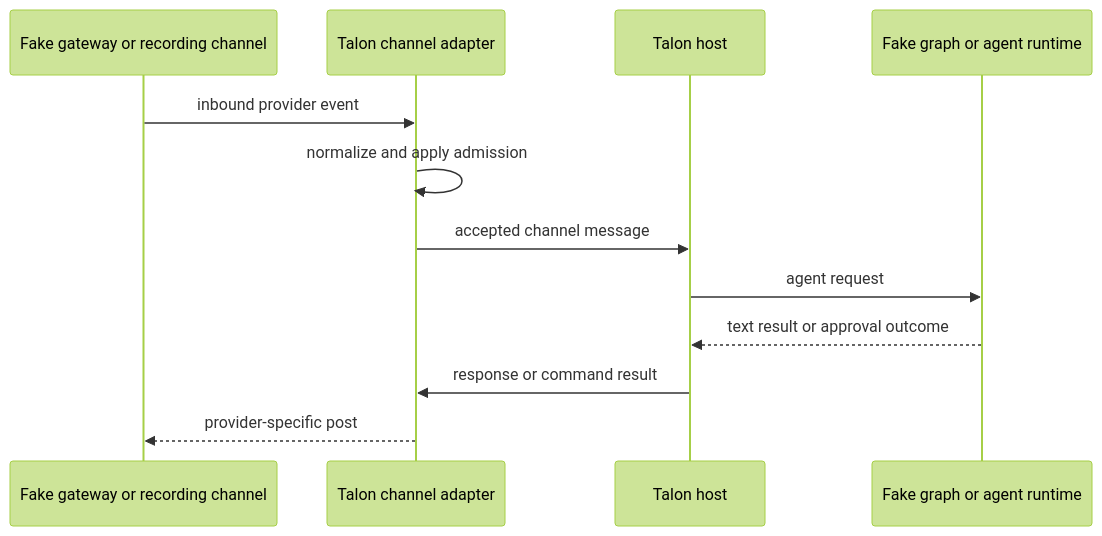
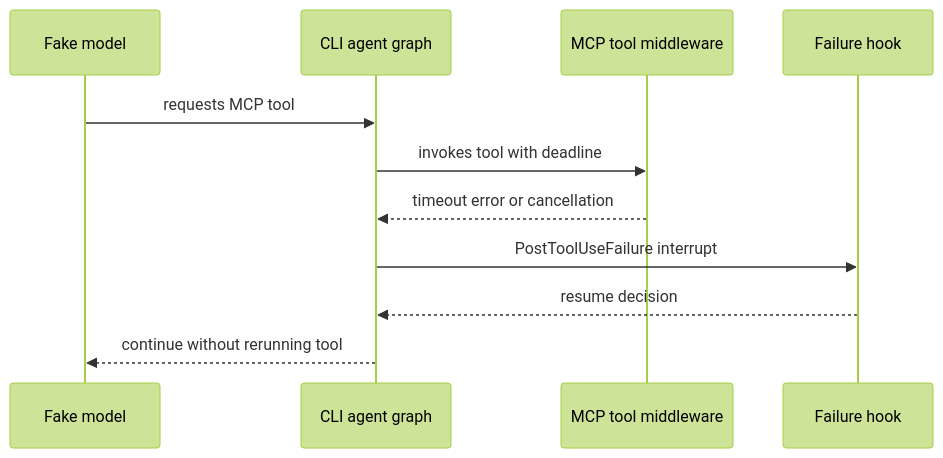
One commit to langchain-ai/deepagents changed the second of 3 diagrams in openwiki/testing/testing-guide.md. Above: the diagram before and after it, drawn with Mermaid (forest theme). The commit also changed other lines of this file and 39 other files, not shown here.

````diff
--- a/openwiki/testing/testing-guide.md
+++ b/openwiki/testing/testing-guide.md
@@ -137,14 +119,13 @@
 ```mermaid
 sequenceDiagram
-    participant Gateway as Fake gateway or recording channel
-    participant Channel as Talon channel adapter
-    participant Host as Talon host
-    participant Runtime as Fake graph or agent runtime
-    Gateway->>Channel: inbound provider event
-    Channel->>Channel: normalize and apply admission
-    Channel->>Host: accepted channel message
-    Host->>Runtime: agent request
-    Runtime-->>Host: text result or approval outcome
-    Host->>Channel: response or command result
-    Channel-->>Gateway: provider-specific post
+    participant Model as Fake model
+    participant Graph as CLI agent graph
+    participant MCP as MCP tool middleware
+    participant Hook as Failure hook
+    Model->>Graph: requests MCP tool
+    Graph->>MCP: invokes tool with deadline
+    MCP-->>Graph: timeout error or cancellation
+    Graph->>Hook: PostToolUseFailure interrupt
+    Hook-->>Graph: resume decision
+    Graph-->>Model: continue without rerunning tool
 ```
````
